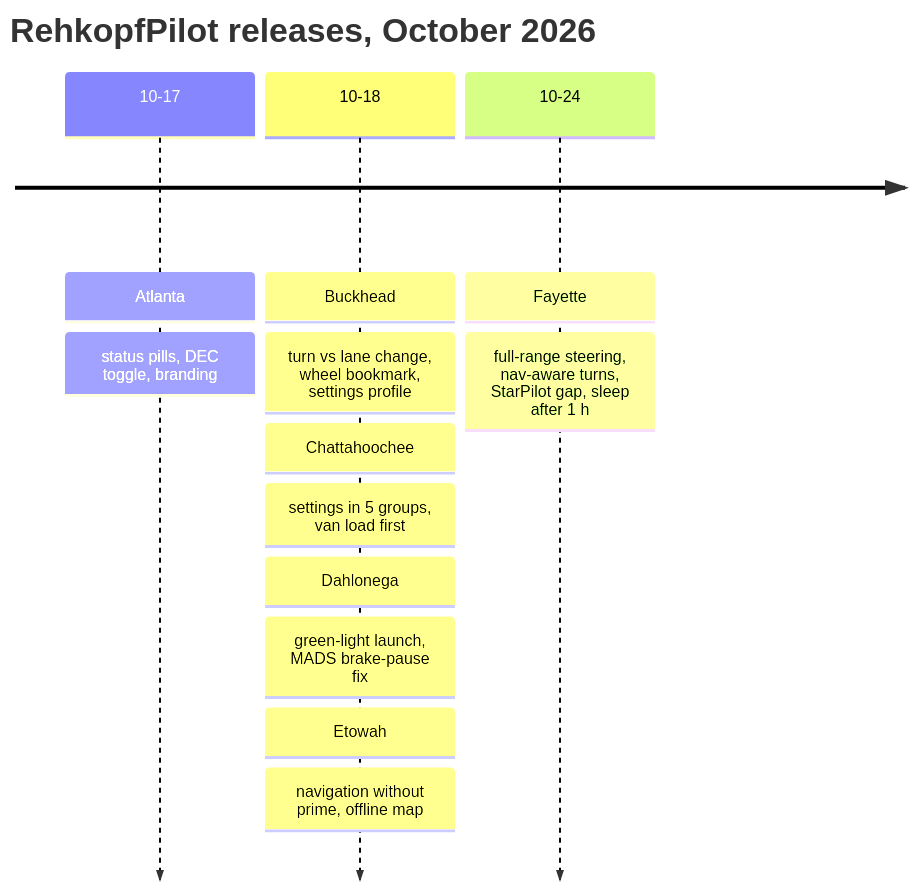
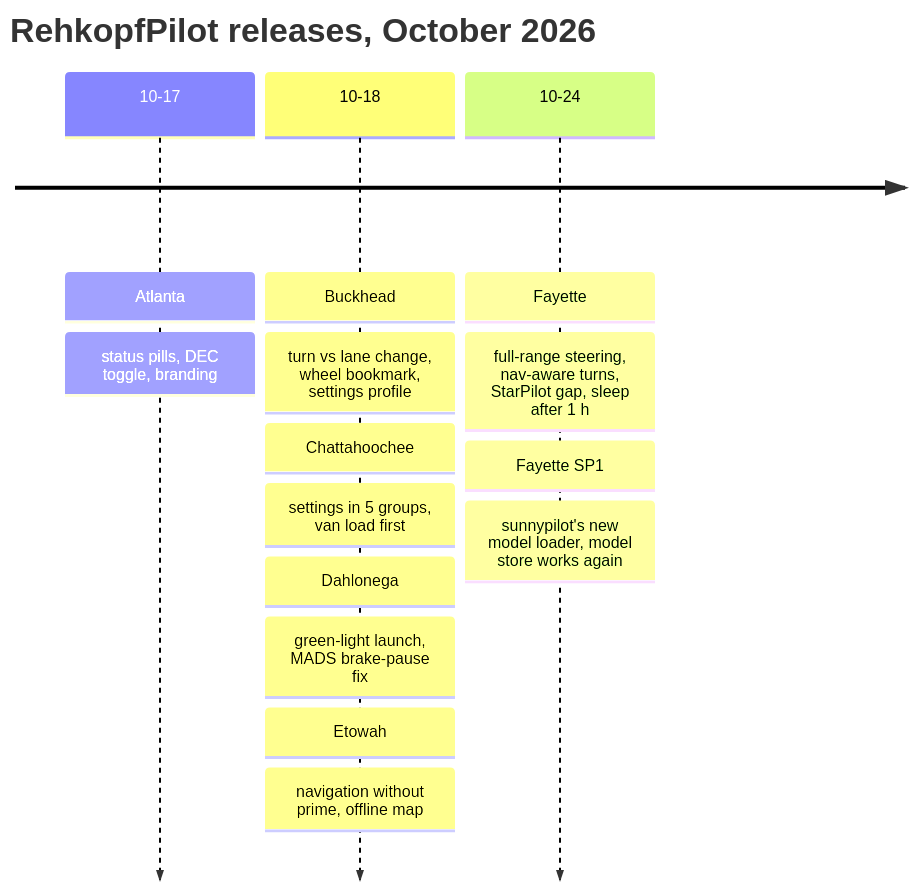
The fourth of 5 diagrams in docs/rehkopfpilot/release-process.md (prehkopf/openpilot), drawn with Mermaid before and after one commit. The commit also changed 4 other files, not shown here.

````diff
--- a/docs/rehkopfpilot/release-process.md
+++ b/docs/rehkopfpilot/release-process.md
@@ -65,10 +65,11 @@
 ```mermaid
 timeline
   title RehkopfPilot releases, October 2026
   10-17 : Atlanta : status pills, DEC toggle, branding
   10-18 : Buckhead : turn vs lane change, wheel bookmark, settings profile
         : Chattahoochee : settings in 5 groups, van load first
         : Dahlonega : green-light launch, MADS brake-pause fix
         : Etowah : navigation without prime, offline map
   10-24 : Fayette : full-range steering, nav-aware turns, StarPilot gap, sleep after 1 h
+        : Fayette SP1 : sunnypilot's new model loader, model store works again
 ```
````
